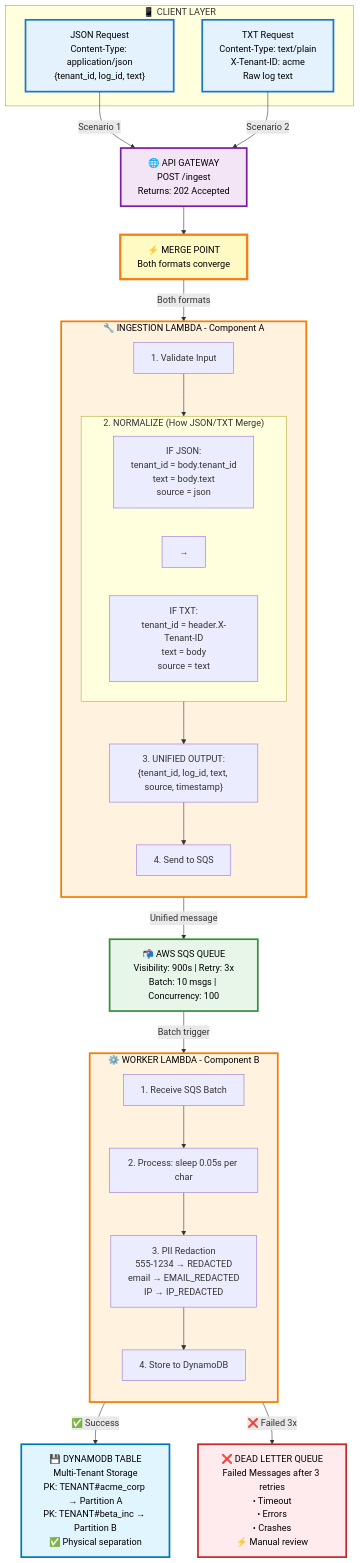
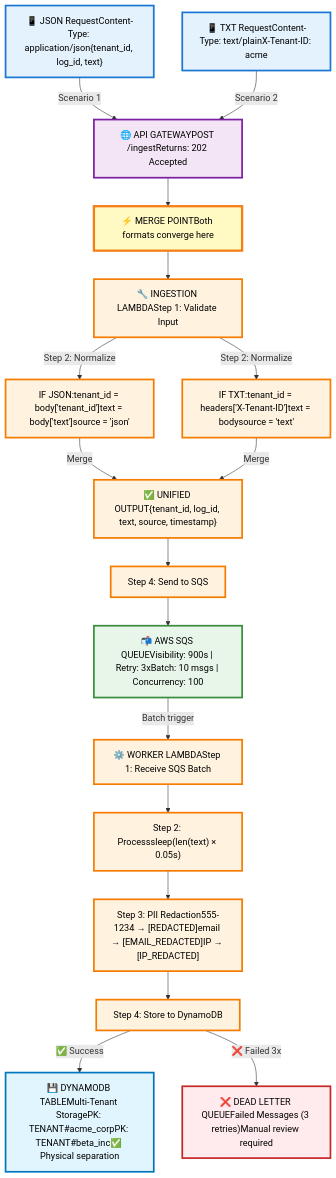
Before and after one commit to Yadi-Zhao/log-processor-backend: the diagram in README.md, drawn with Mermaid. The commit also changed other lines of this file, not shown here.

Commit message:
update the graph of README

````diff
--- a/README.md
+++ b/README.md
@@ -51,74 +51,65 @@
     classDef mergeStyle fill:#FFF9C4,stroke:#F57F17,stroke-width:4px,color:#000
 
     %% Client Layer
-    subgraph CLIENT["📱 CLIENT LAYER"]
-        JSON["JSON Request<br/>Content-Type: application/json<br/>{tenant_id, log_id, text}"]
-        TXT["TXT Request<br/>Content-Type: text/plain<br/>X-Tenant-ID: acme<br/>Raw log text"]
-    end
+    JSON["📱 JSON RequestContent-Type: application/json{tenant_id, log_id, text}"]
+    TXT["📱 TXT RequestContent-Type: text/plainX-Tenant-ID: acme"]
 
     %% API Gateway
-    API["🌐 API GATEWAY<br/>POST /ingest<br/>Returns: 202 Accepted"]
+    API["🌐 API GATEWAYPOST /ingestReturns: 202 Accepted"]
 
     %% Merge Point
-    MERGE["⚡ MERGE POINT<br/>Both formats converge"]
+    MERGE["⚡ MERGE POINTBoth formats converge here"]
 
-    %% Ingestion Lambda with detailed merge logic
-    subgraph INGESTION["🔧 INGESTION LAMBDA - Component A"]
-        direction TB
-        VALIDATE["1. Validate Input"]
-        
-        subgraph NORMALIZE["2. NORMALIZE (How JSON/TXT Merge)"]
-            direction LR
-            JSON_PATH["IF JSON:<br/>tenant_id = body.tenant_id<br/>text = body.text<br/>source = json"]
-            
-            ARROW["→"]
-            
-            TXT_PATH["IF TXT:<br/>tenant_id = header.X-Tenant-ID<br/>text = body<br/>source = text"]
-        end
-        
-        UNIFIED["3. UNIFIED OUTPUT:<br/>{tenant_id, log_id, text, source, timestamp}"]
-        SEND["4. Send to SQS"]
-        
-        VALIDATE --> NORMALIZE
-        NORMALIZE --> UNIFIED
-        UNIFIED --> SEND
-    end
+    %% Ingestion Lambda steps
+    VALIDATE["🔧 INGESTION LAMBDAStep 1: Validate Input"]
+    
+    JSON_NORM["IF JSON:tenant_id = body['tenant_id']text = body['text']source = 'json'"]
+    
+    TXT_NORM["IF TXT:tenant_id = headers['X-Tenant-ID']text = bodysource = 'text'"]
+    
+    UNIFIED["✅ UNIFIED OUTPUT{tenant_id, log_id, text, source, timestamp}"]
+    
+    SEND["Step 4: Send to SQS"]
 
     %% SQS Queue
-    SQS["📬 AWS SQS QUEUE<br/>Visibility: 900s | Retry: 3x<br/>Batch: 10 msgs | Concurrency: 100"]
+    SQS["📬 AWS SQS QUEUEVisibility: 900s | Retry: 3xBatch: 10 msgs | Concurrency: 100"]
 
     %% Worker Lambda
-    subgraph WORKER["⚙️ WORKER LAMBDA - Component B"]
-        direction TB
-        W1["1. Receive SQS Batch"]
-        W2["2. Process: sleep 0.05s per char"]
-        W3["3. PII Redaction<br/>555-1234 → REDACTED<br/>email → EMAIL_REDACTED<br/>IP → IP_REDACTED"]
-        W4["4. Store to DynamoDB"]
-        
-        W1 --> W2 --> W3 --> W4
-    end
+    W1["⚙️ WORKER LAMBDAStep 1: Receive SQS Batch"]
+    W2["Step 2: Processsleep(len(text) × 0.05s)"]
+    W3["Step 3: PII Redaction555-1234 → [REDACTED]email → [EMAIL_REDACTED]IP → [IP_REDACTED]"]
+    W4["Step 4: Store to DynamoDB"]
 
     %% Storage
-    DB["💾 DYNAMODB TABLE<br/>Multi-Tenant Storage<br/>PK: TENANT#acme_corp → Partition A<br/>PK: TENANT#beta_inc → Partition B<br/>✅ Physical separation"]
+    DB["💾 DYNAMODB TABLEMulti-Tenant StoragePK: TENANT#acme_corpPK: TENANT#beta_inc✅ Physical separation"]
     
-    DLQ["❌ DEAD LETTER QUEUE<br/>Failed Messages after 3 retries<br/>• Timeout<br/>• Errors<br/>• Crashes<br/>⚡ Manual review"]
+    DLQ["❌ DEAD LETTER QUEUEFailed Messages (3 retries)Manual review required"]
 
     %% Connections
     JSON -->|Scenario 1| API
     TXT -->|Scenario 2| API
     API --> MERGE
-    MERGE -->|Both formats| INGESTION
-    INGESTION -->|Unified message| SQS
-    SQS -->|Batch trigger| WORKER
-    WORKER -->|✅ Success| DB
-    WORKER -->|❌ Failed 3x| DLQ
+    MERGE --> VALIDATE
+    VALIDATE -->|Step 2: Normalize| JSON_NORM
+    VALIDATE -->|Step 2: Normalize| TXT_NORM
+    JSON_NORM -->|Merge| UNIFIED
+    TXT_NORM -->|Merge| UNIFIED
+    UNIFIED --> SEND
+    SEND --> SQS
+    SQS -->|Batch trigger| W1
+    W1 --> W2
+    W2 --> W3
+    W3 --> W4
+    W4 -->|✅ Success| DB
+    W4 -->|❌ Failed 3x| DLQ
 
     %% Apply styles
     class JSON,TXT clientStyle
     class API apiStyle
     class MERGE mergeStyle
-    class INGESTION,WORKER lambdaStyle
+    class VALIDATE,JSON_NORM,TXT_NORM,UNIFIED,SEND lambdaStyle
     class SQS queueStyle
+    class W1,W2,W3,W4 lambdaStyle
     class DB storageStyle
     class DLQ dlqStyle
 ```
````
